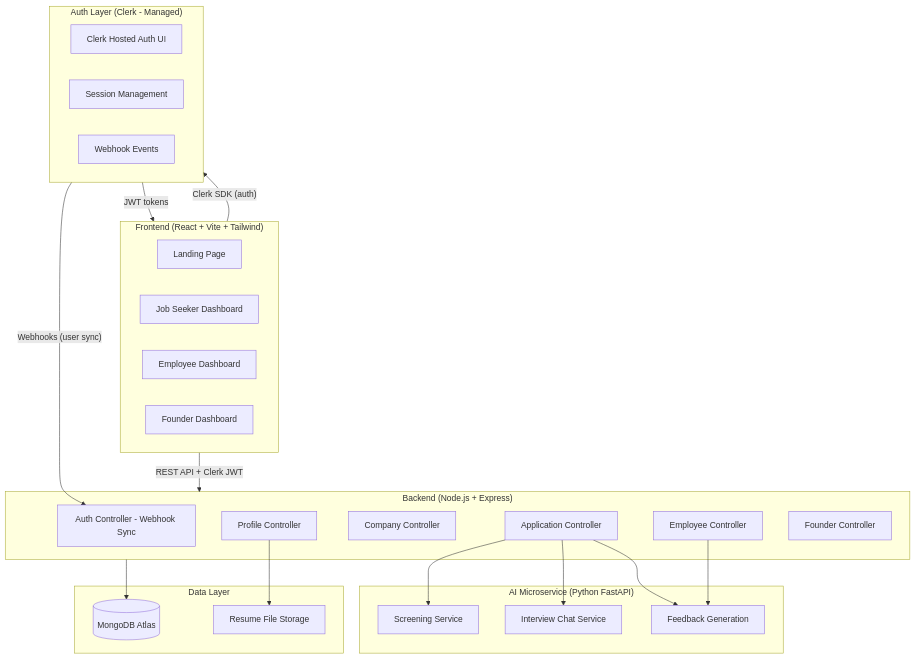
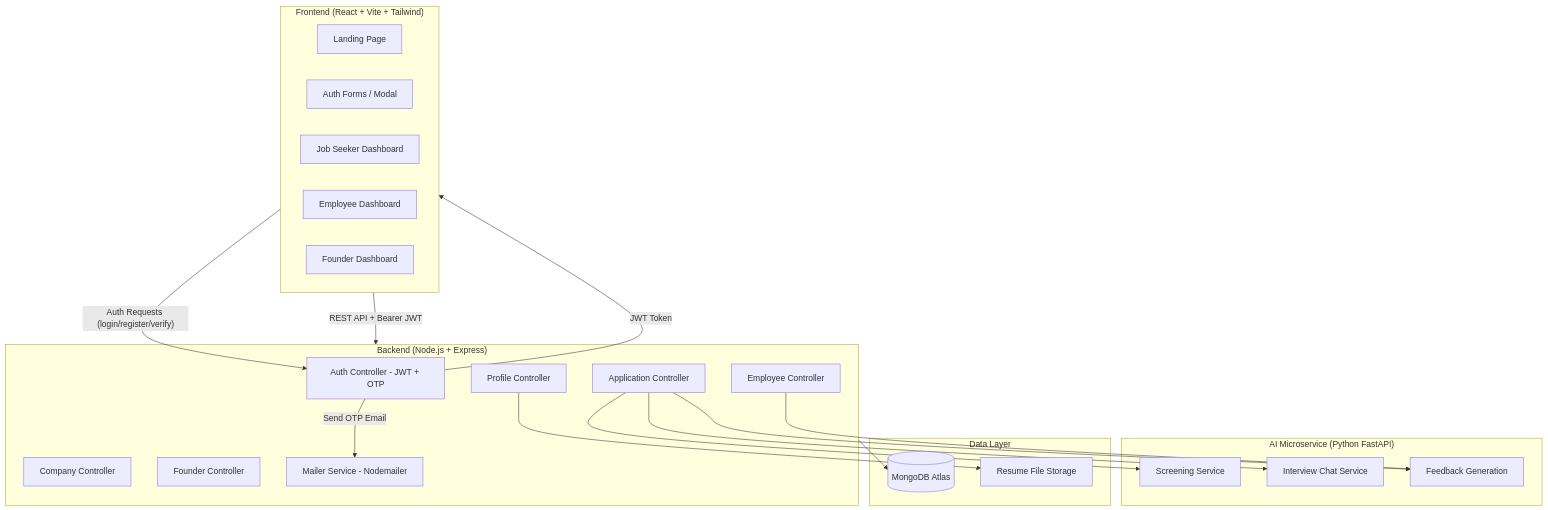
One commit to Trushar30/CorpVerse changed the first of 2 diagrams in corpverse_docs/03_architecture/system_architecture.md. Above: the diagram before and after it, drawn with Mermaid. The commit also changed other lines of this file and 564 other files, not shown here.

````diff
--- a/corpverse_docs/03_architecture/system_architecture.md
+++ b/corpverse_docs/03_architecture/system_architecture.md
@@ -7,46 +7,42 @@
 ```mermaid
 flowchart TB
     subgraph Client["Frontend (React + Vite + Tailwind)"]
         A1[Landing Page]
-        A2[Job Seeker Dashboard]
-        A3[Employee Dashboard]
-        A4[Founder Dashboard]
-    end
-
-    subgraph Auth["Auth Layer (Clerk - Managed)"]
-        CK1[Clerk Hosted Auth UI]
-        CK2[Session Management]
-        CK3[Webhook Events]
+        A2[Auth Forms / Modal]
+        A3[Job Seeker Dashboard]
+        A4[Employee Dashboard]
+        A5[Founder Dashboard]
     end
 
     subgraph Backend["Backend (Node.js + Express)"]
-        B1[Auth Controller - Webhook Sync]
+        B1[Auth Controller - JWT + OTP]
         B2[Profile Controller]
         B3[Company Controller]
         B4[Application Controller]
         B5[Employee Controller]
         B6[Founder Controller]
+        B7[Mailer Service - Nodemailer]
     end
 
     subgraph AI["AI Microservice (Python FastAPI)"]
         C1[Screening Service]
         C2[Interview Chat Service]
         C3[Feedback Generation]
     end
 
     subgraph Data["Data Layer"]
         D1[(MongoDB Atlas)]
         D2[Resume File Storage]
     end
 
-    Client -->|"Clerk SDK (auth)"| Auth
-    Auth -->|"JWT tokens"| Client
-    Auth -->|"Webhooks (user sync)"| B1
-    Client -->|"REST API + Clerk JWT"| Backend
+    Client -->|"Auth Requests (login/register/verify)"| B1
+    B1 -->|"Send OTP Email"| B7
+    B1 -->|"JWT Token"| Client
+    Client -->|"REST API + Bearer JWT"| Backend
     B4 --> C1
     B4 --> C2
     B4 --> C3
     B5 --> C3
     Backend --> D1
     B2 --> D2
 ```
````
